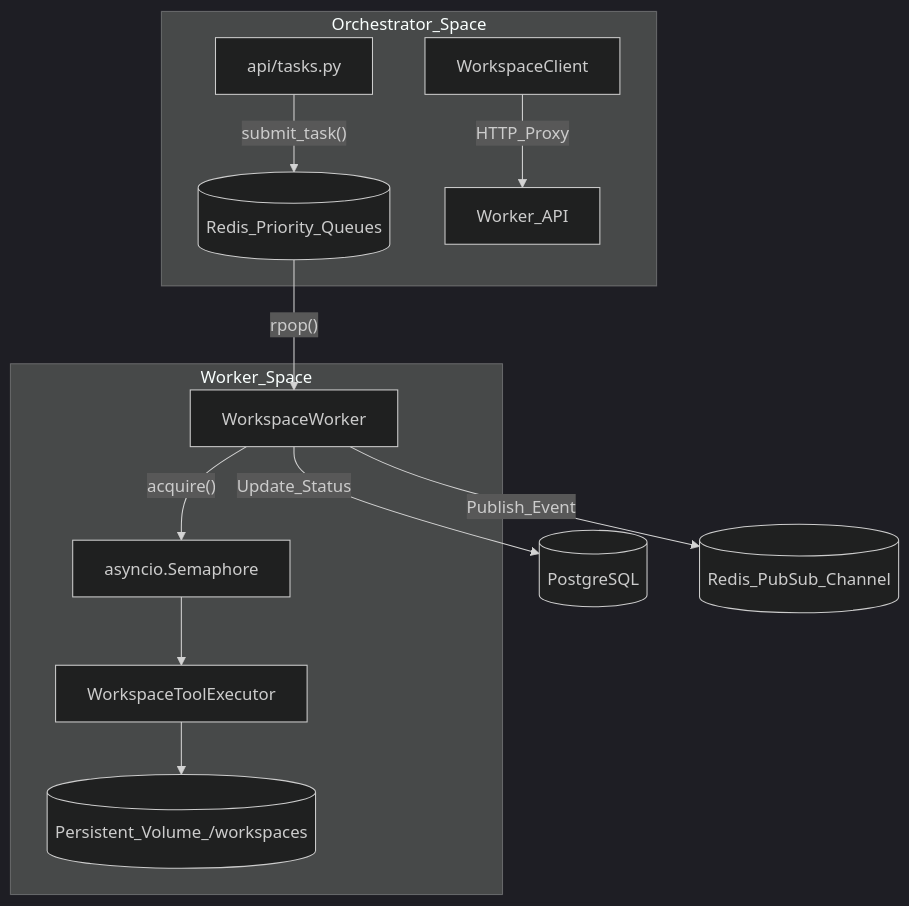
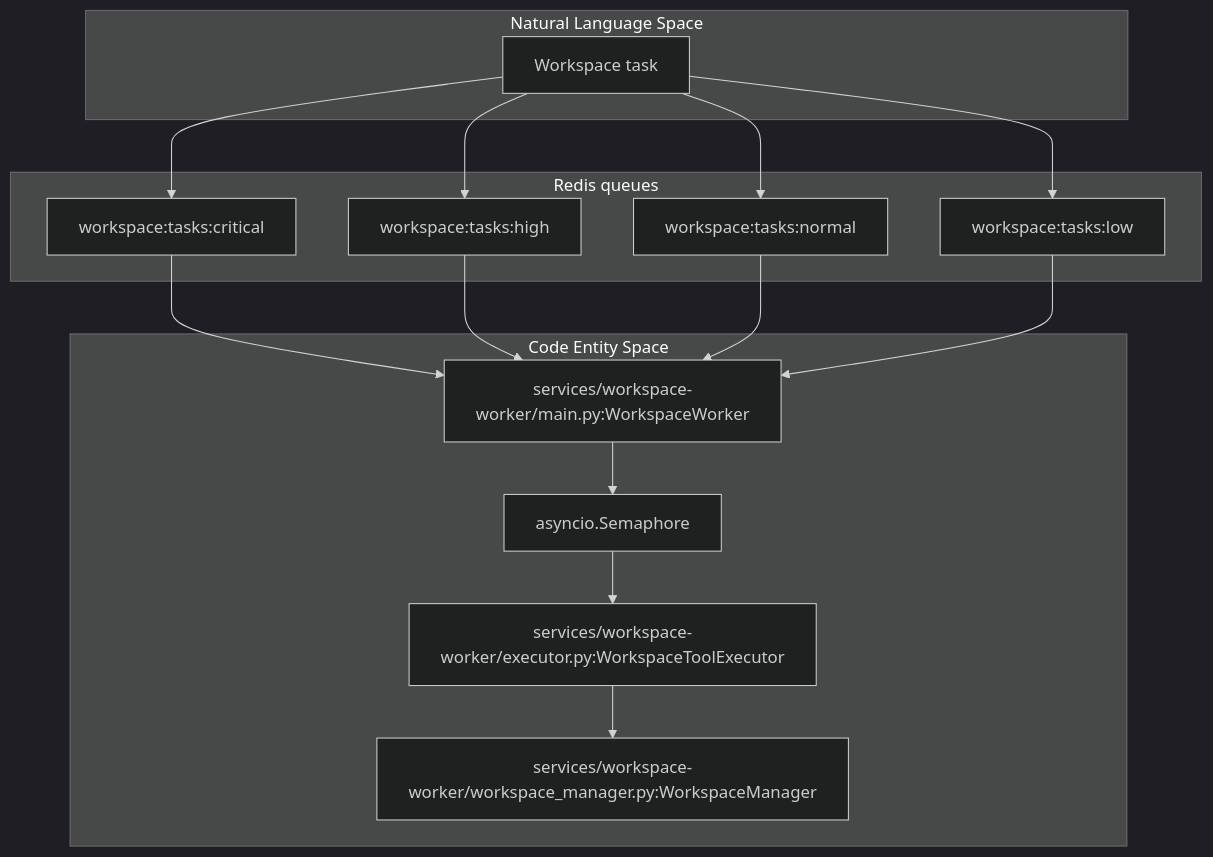
One commit to AutomatosAI/automatos-ai changed the first of 3 diagrams in docs/workspace-execution/_index.md. Above: the diagram before and after it, drawn with Mermaid (dark theme). The commit also changed other lines of this file and 188 other files, not shown here.

First line of the commit message:
docs: refresh architecture docs and add coverage for new subsystems (#1416)

````diff
--- a/docs/workspace-execution/_index.md
+++ b/docs/workspace-execution/_index.md
@@ -49,17 +61,32 @@
 ```mermaid
 graph TD
-    subgraph "Orchestrator_Space"
-        A["api/tasks.py"] -- "submit_task()" --> B[("Redis_Priority_Queues")]
-        C["WorkspaceClient"] -- "HTTP_Proxy" --> D["Worker_API"]
+    subgraph "Natural Language Space"
+        A["Workspace task"]
     end
 
-    subgraph "Worker_Space"
-        B -- "rpop()" --> E["WorkspaceWorker"]
-        E -- "acquire()" --> F["asyncio.Semaphore"]
-        F --> G["WorkspaceToolExecutor"]
-        G --> H[("Persistent_Volume_/workspaces")]
+    subgraph "Redis queues"
+        B["workspace:tasks:critical"]
+        C["workspace:tasks:high"]
+        D["workspace:tasks:normal"]
+        E["workspace:tasks:low"]
     end
-    
-    E -- "Update_Status" --> I[("PostgreSQL")]
-    E -- "Publish_Event" --> J[("Redis_PubSub_Channel")]
+
+    subgraph "Code Entity Space"
+        F["services/workspace-worker/main.py:WorkspaceWorker"]
+        G["asyncio.Semaphore"]
+        H["services/workspace-worker/executor.py:WorkspaceToolExecutor"]
+        I["services/workspace-worker/workspace_manager.py:WorkspaceManager"]
+    end
+
+    A --> B
+    A --> C
+    A --> D
+    A --> E
+    B --> F
+    C --> F
+    D --> F
+    E --> F
+    F --> G
+    G --> H
+    H --> I
 ```
````
